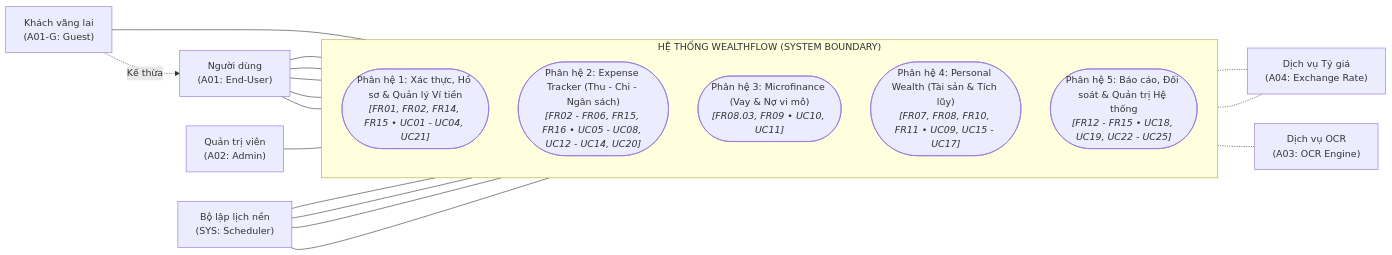
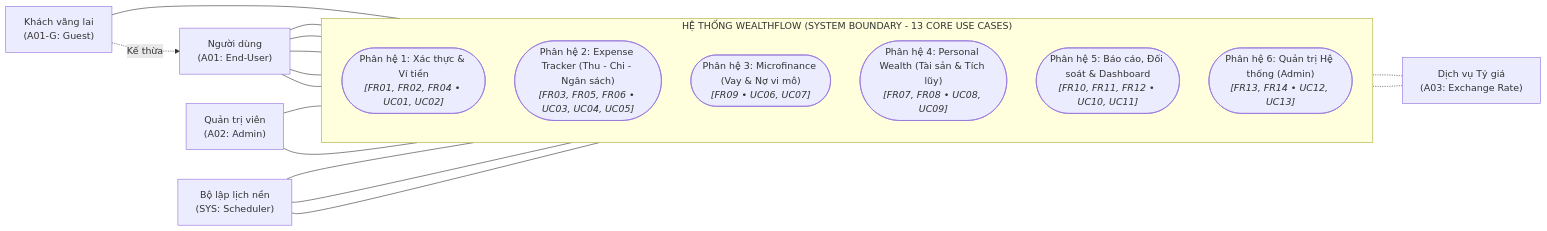
Before and after one commit to huytothevoz/SE---Microfinance-Personal-Wealth-Expense-Tracker: the first of 7 diagrams in docs/02_elaboration/uml_modeling/usecase_diagram.md, drawn with Mermaid. The commit also changed other lines of this file and 2 other files, not shown here.

Commit message:
I create the activity diagram, minimized project scope to 13 usecases include 11 usecase for user and 2 usecases for admin

````diff
--- a/docs/02_elaboration/uml_modeling/usecase_diagram.md
+++ b/docs/02_elaboration/uml_modeling/usecase_diagram.md
@@ -52,48 +48,47 @@
 ```mermaid
 flowchart LR
     %% Khai báo Actors
     A01G["Khách vãng lai<br/>(A01-G: Guest)"]
     A01["Người dùng<br/>(A01: End-User)"]
     A02["Quản trị viên<br/>(A02: Admin)"]
-    A03["Dịch vụ OCR<br/>(A03: OCR Engine)"]
-    A04["Dịch vụ Tỷ giá<br/>(A04: Exchange Rate)"]
+    A03["Dịch vụ Tỷ giá<br/>(A03: Exchange Rate)"]
     SYS["Bộ lập lịch nền<br/>(SYS: Scheduler)"]
 
     %% Kế thừa tác nhân
     A01G -.->|Kế thừa| A01
 
     %% Boundary Hệ thống WealthFlow
-    subgraph WealthFlow["HỆ THỐNG WEALTHFLOW (SYSTEM BOUNDARY)"]
+    subgraph WealthFlow["HỆ THỐNG WEALTHFLOW (SYSTEM BOUNDARY - 13 CORE USE CASES)"]
         direction TB
 
-        PKG1(["Phân hệ 1: Xác thực, Hồ sơ & Quản lý Ví tiền<br/><i>[FR01, FR02, FR14, FR15 • UC01 - UC04, UC21]</i>"])
-        PKG2(["Phân hệ 2: Expense Tracker (Thu - Chi - Ngân sách)<br/><i>[FR02 - FR06, FR15, FR16 • UC05 - UC08, UC12 - UC14, UC20]</i>"])
-        PKG3(["Phân hệ 3: Microfinance (Vay & Nợ vi mô)<br/><i>[FR08.03, FR09 • UC10, UC11]</i>"])
-        PKG4(["Phân hệ 4: Personal Wealth (Tài sản & Tích lũy)<br/><i>[FR07, FR08, FR10, FR11 • UC09, UC15 - UC17]</i>"])
-        PKG5(["Phân hệ 5: Báo cáo, Đối soát & Quản trị Hệ thống<br/><i>[FR12 - FR15 • UC18, UC19, UC22 - UC25]</i>"])
+        PKG1(["Phân hệ 1: Xác thực & Ví tiền<br/><i>[FR01, FR02, FR04 • UC01, UC02]</i>"])
+        PKG2(["Phân hệ 2: Expense Tracker (Thu - Chi - Ngân sách)<br/><i>[FR03, FR05, FR06 • UC03, UC04, UC05]</i>"])
+        PKG3(["Phân hệ 3: Microfinance (Vay & Nợ vi mô)<br/><i>[FR09 • UC06, UC07]</i>"])
+        PKG4(["Phân hệ 4: Personal Wealth (Tài sản & Tích lũy)<br/><i>[FR07, FR08 • UC08, UC09]</i>"])
+        PKG5(["Phân hệ 5: Báo cáo, Đối soát & Dashboard<br/><i>[FR10, FR11, FR12 • UC10, UC11]</i>"])
+        PKG6(["Phân hệ 6: Quản trị Hệ thống (Admin)<br/><i>[FR13, FR14 • UC12, UC13]</i>"])
     end
 
     %% Tương tác của Khách vãng lai
     A01G --- PKG1
 
     %% Tương tác của Người dùng (A01)
     A01 --- PKG1
     A01 --- PKG2
     A01 --- PKG3
     A01 --- PKG4
     A01 --- PKG5
 
     %% Tương tác của Quản trị viên (A02)
-    A02 --- PKG5
+    A02 --- PKG1
+    A02 --- PKG6
 
-    %% Tương tác của Dịch vụ bên ngoài (Secondary Actors)
-    PKG1 -.- A04
+    %% Tương tác của Dịch vụ bên ngoài
+    PKG1 -.- A03
     PKG2 -.- A03
-    PKG2 -.- A04
 
     %% Tương tác của Tiến trình chạy nền (SYS)
     SYS --- PKG2
     SYS --- PKG3
-    SYS --- PKG4
     SYS --- PKG5
 ```
````
